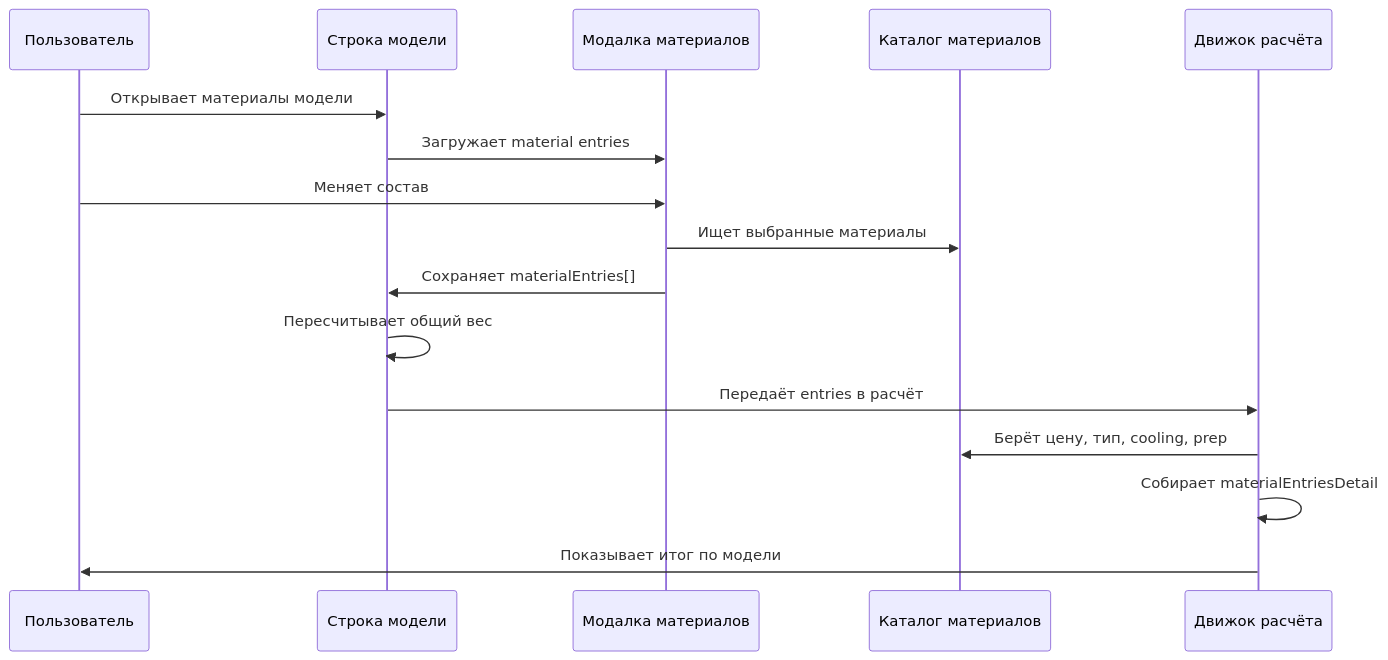
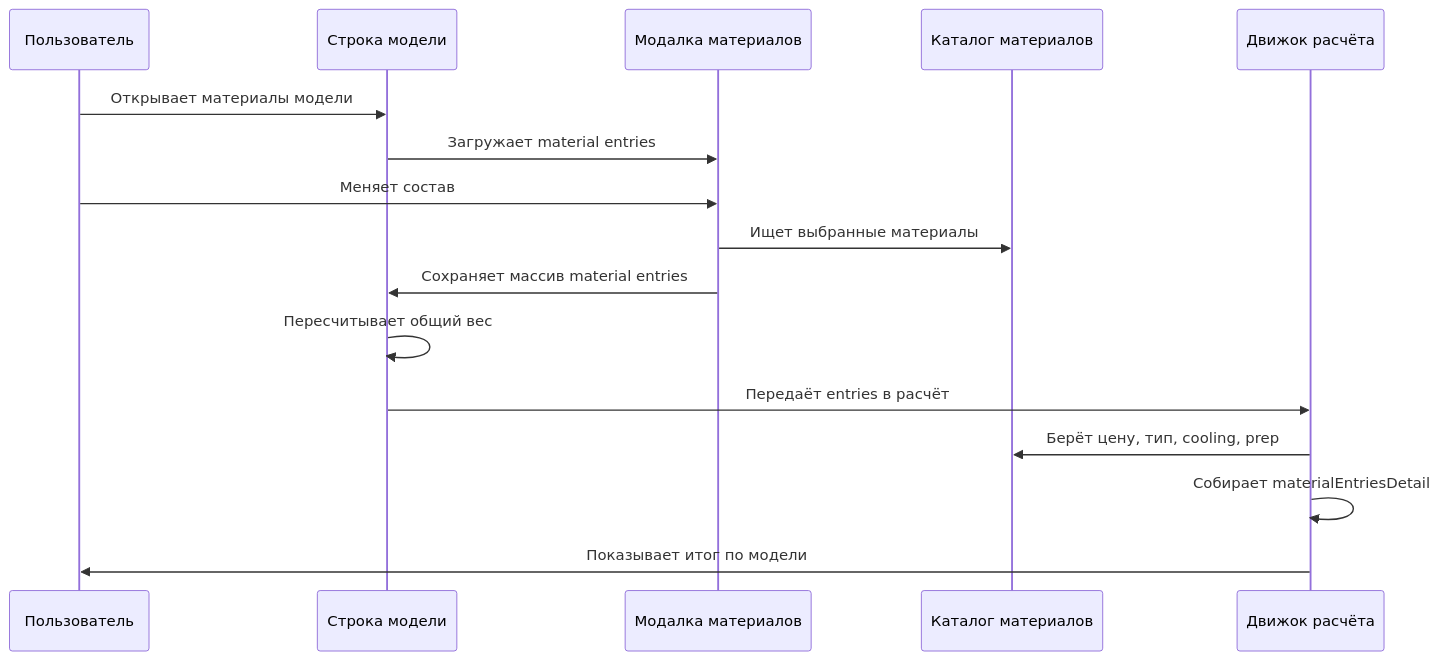
The fifth of 10 diagrams in README_RU.md (nazbav/3d-price), drawn with Mermaid before and after one commit. The commit also changed other lines of this file and 1 other file, not shown here.

Commit message:
Исправить mermaid в README

````diff
--- a/README_RU.md
+++ b/README_RU.md
@@ -353,19 +353,19 @@
 ```mermaid
-sequenceDiagram
+    sequenceDiagram
     participant U as Пользователь
     participant ROW as Строка модели
     participant MODAL as Модалка материалов
     participant CAT as Каталог материалов
     participant ENG as Движок расчёта
 
     U->>ROW: Открывает материалы модели
     ROW->>MODAL: Загружает material entries
     U->>MODAL: Меняет состав
     MODAL->>CAT: Ищет выбранные материалы
-    MODAL->>ROW: Сохраняет materialEntries[]
+    MODAL->>ROW: Сохраняет массив material entries
     ROW->>ROW: Пересчитывает общий вес
     ROW->>ENG: Передаёт entries в расчёт
     ENG->>CAT: Берёт цену, тип, cooling, prep
     ENG->>ENG: Собирает materialEntriesDetail
     ENG->>U: Показывает итог по модели
 ```
````
